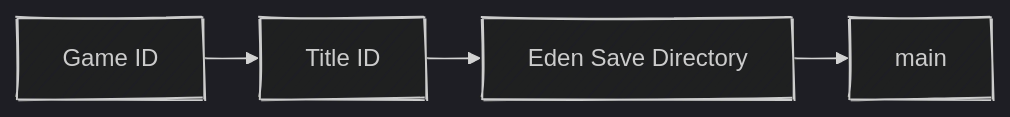
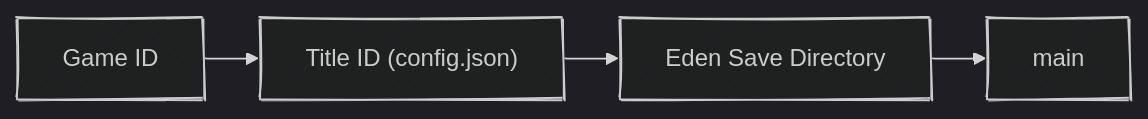
Before and after one commit to ramadhafidz/switch-rpc: the fourth of 9 diagrams in docs/ARCHITECTURE.md, drawn with Mermaid. The commit also changed other lines of this file and 13 other files, not shown here.

````diff
--- a/docs/ARCHITECTURE.md
+++ b/docs/ARCHITECTURE.md
@@ -243,12 +239,12 @@
 ```mermaid
 ---
 config:
   theme: dark
   look: handDrawn
   layout: elk
 ---
 flowchart LR
-    A["Game ID"] --> B["Title ID"]
+    A["Game ID"] --> B["Title ID (config.json)"]
     B --> C["Eden Save Directory"]
     C --> n1["main"]
 ```
````
